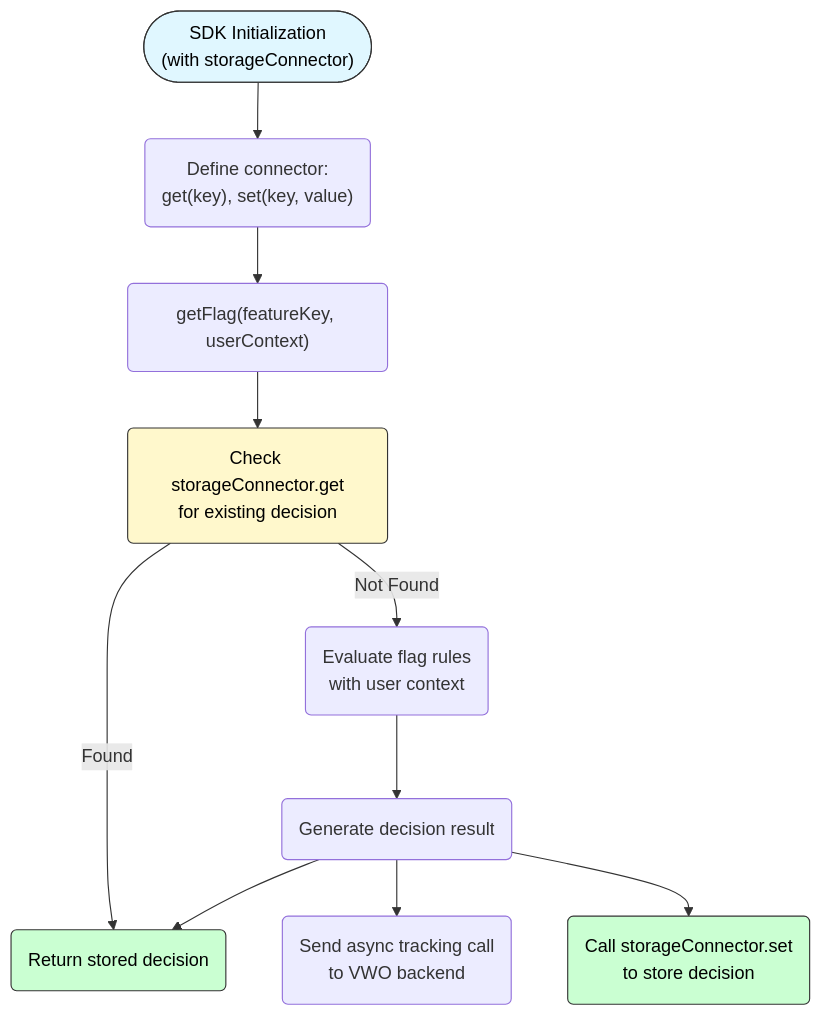
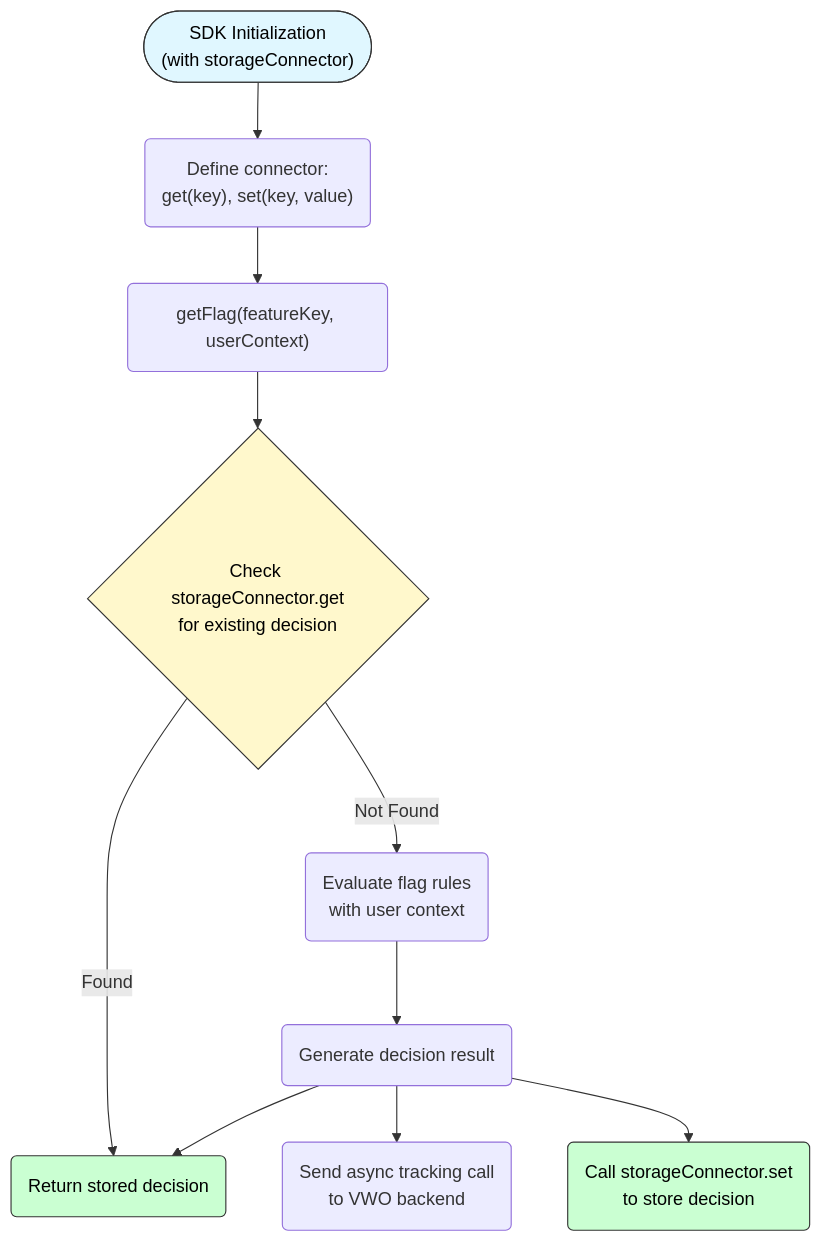
The third of 3 diagrams in docs/SDK Reference/fme-sdks-working.md (wingify/readme-central), drawn with Mermaid before and after one commit. The commit also changed other lines of this file, not shown here.

````diff
--- a/docs/SDK Reference/fme-sdks-working.md
+++ b/docs/SDK Reference/fme-sdks-working.md
@@ -155,29 +157,29 @@
 ```mermaid
 flowchart TD
     A0(["SDK Initialization<br/>(with storageConnector)"]) --> A1("Define connector:<br/>get(key), set(key, value)")
 
-    A2("getFlag(featureKey, userContext)") --> B1("Check storageConnector.get<br/>for existing decision")
+    A2("getFlag(featureKey, userContext)") --> B1{"Check storageConnector.get<br/>for existing decision"}
     
-    B1 -->|Found| B2("Return stored decision")
+    B1 -- Found --> B2("Return stored decision")
     
-    B1 -->|Not Found| C1("Evaluate flag rules<br/>with user context")
+    B1 -- Not Found --> C1("Evaluate flag rules<br/>with user context")
     C1 --> C2("Generate decision result")
     C2 --> C3("Send async tracking call<br/>to VWO backend")
     C2 --> C4("Call storageConnector.set<br/>to store decision")
     C2 --> B2
 
     A1 --> A2
 
     %% Assign classes to nodes
     class A0 init
     class A2 api
     class B1 conditional
     class B2 cached
     class C4 cached
 
     %% Define styles for light and dark themes
     classDef init fill:#e0f7ff,stroke:#333,stroke-width:1px,color:#000
     classDef conditional fill:#fff8cc,stroke:#333,stroke-width:1px,color:#000
     classDef cached fill:#caffd2,stroke:#333,stroke-width:1px,color:#000
 
 ```
````
